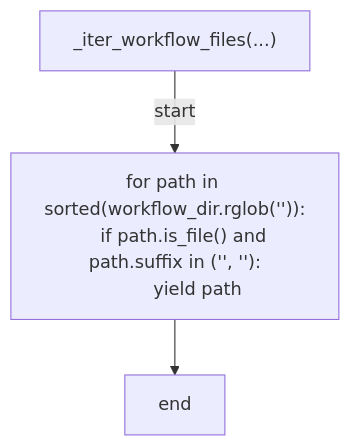
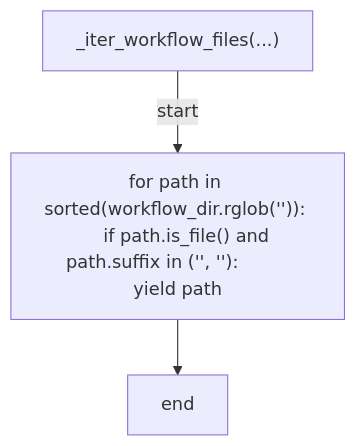
Before and after one commit to tvna/claude-md: the fifth of 7 diagrams in docs/generated/scripts/ast/scan_workflow_pip.md, drawn with Mermaid. The commit also changed other lines of this file and 23 other files, not shown here.

First line of the commit message:
docs(generated): regenerate decision tree and workflow diagrams (batch 4/5)

````diff
--- a/docs/generated/scripts/ast/scan_workflow_pip.md
+++ b/docs/generated/scripts/ast/scan_workflow_pip.md
@@ -64,10 +61,8 @@
 ```mermaid
 flowchart TD
     N001["_iter_workflow_files(...)"]
-    N002["for path in sorted(workflow_dir.rglob('<str>')):
-    if path.is_file() and path.suffix in ('<str>', '<str>'):
-        yield path"]
+    N002["for path in sorted(workflow_dir.rglob('<str>')):     if path.is_file() and path.suffix in ('<str>', '<str>'):         yield path"]
     N003["end"]
     N001 -->|"start"| N002
     N002 --> N003
 ```
````
